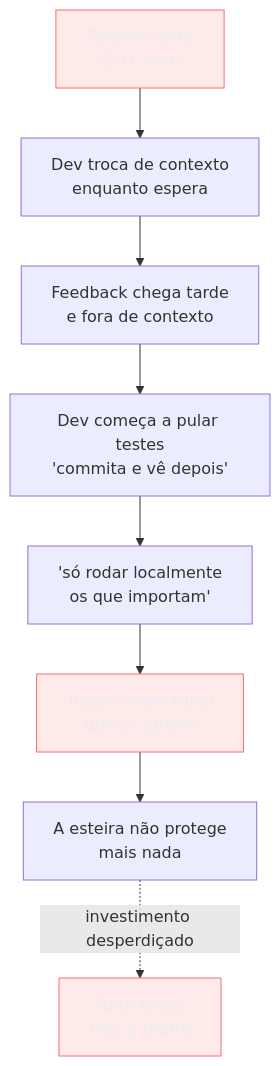
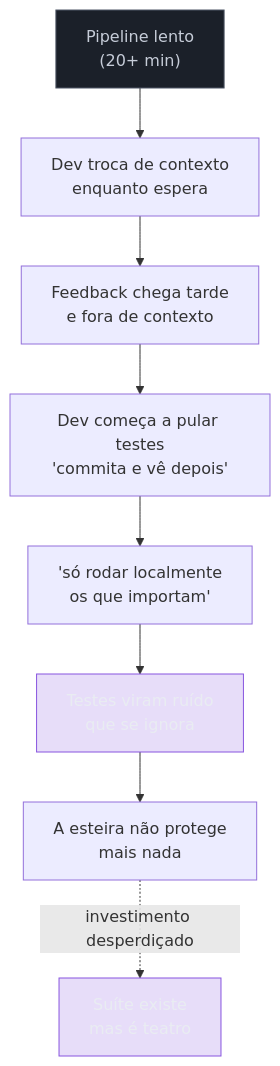
Before and after one commit to josenaldo/codex-technomanticus: the third of 8 diagrams in 03-Dominios/Engenharia/Testes/15 - Testes em CI-CD.md, drawn with Mermaid. The commit also changed other lines of this file and 601 other files, not shown here.

````diff
--- a/03-Dominios/Engenharia/Testes/15 - Testes em CI-CD.md
+++ b/03-Dominios/Engenharia/Testes/15 - Testes em CI-CD.md
@@ -126,14 +125,15 @@
 ```mermaid
 flowchart TD
-    classDef falha fill:#FF6B6B24,stroke:#FF6B6B,color:#E9ECF2
+    classDef marca fill:#8855DF33,stroke:#8855DF,color:#E9ECF2
+    classDef neutro fill:#1B2029,stroke:#4E5666,color:#C6CCD8
     A["Pipeline lento<br/>(20+ min)"] --> B["Dev troca de contexto<br/>enquanto espera"]
     B --> C["Feedback chega tarde<br/>e fora de contexto"]
     C --> D["Dev começa a pular testes<br/>'commita e vê depois'"]
     D --> E["'só rodar localmente<br/>os que importam'"]
     E --> F["Testes viram ruído<br/>que se ignora"]
     F --> G["A esteira não protege<br/>mais nada"]
     G -.->|investimento desperdiçado| H["Suíte existe<br/>mas é teatro"]
-    class A falha
-    class F falha
-    class H falha
+    class A neutro
+    class F marca
+    class H marca
 ```
````
